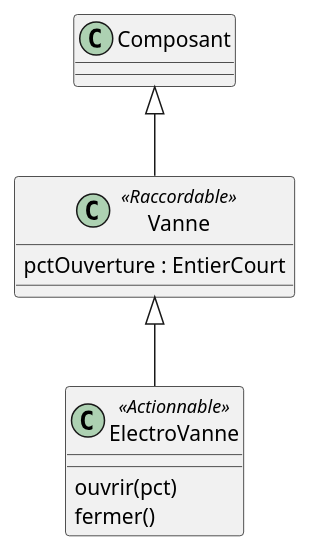
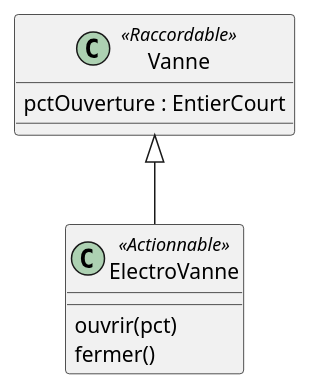
One commit to beerfactory/brewbox-uml changed the diagram in vanne.iuml. Above: the diagram before and after it, drawn with PlantUML. The commit also changed 8 other files, not shown here.

```diff
--- a/vanne.iuml
+++ b/vanne.iuml
@@ -1,11 +1,10 @@
 class Vanne  <<Raccordable>> {
     pctOuverture : EntierCourt
 }
 
 class ElectroVanne <<Actionnable>> {
     ouvrir(pct)
     fermer()
 }
 
 Vanne <|-- ElectroVanne
-Composant <|-- Vanne
```
